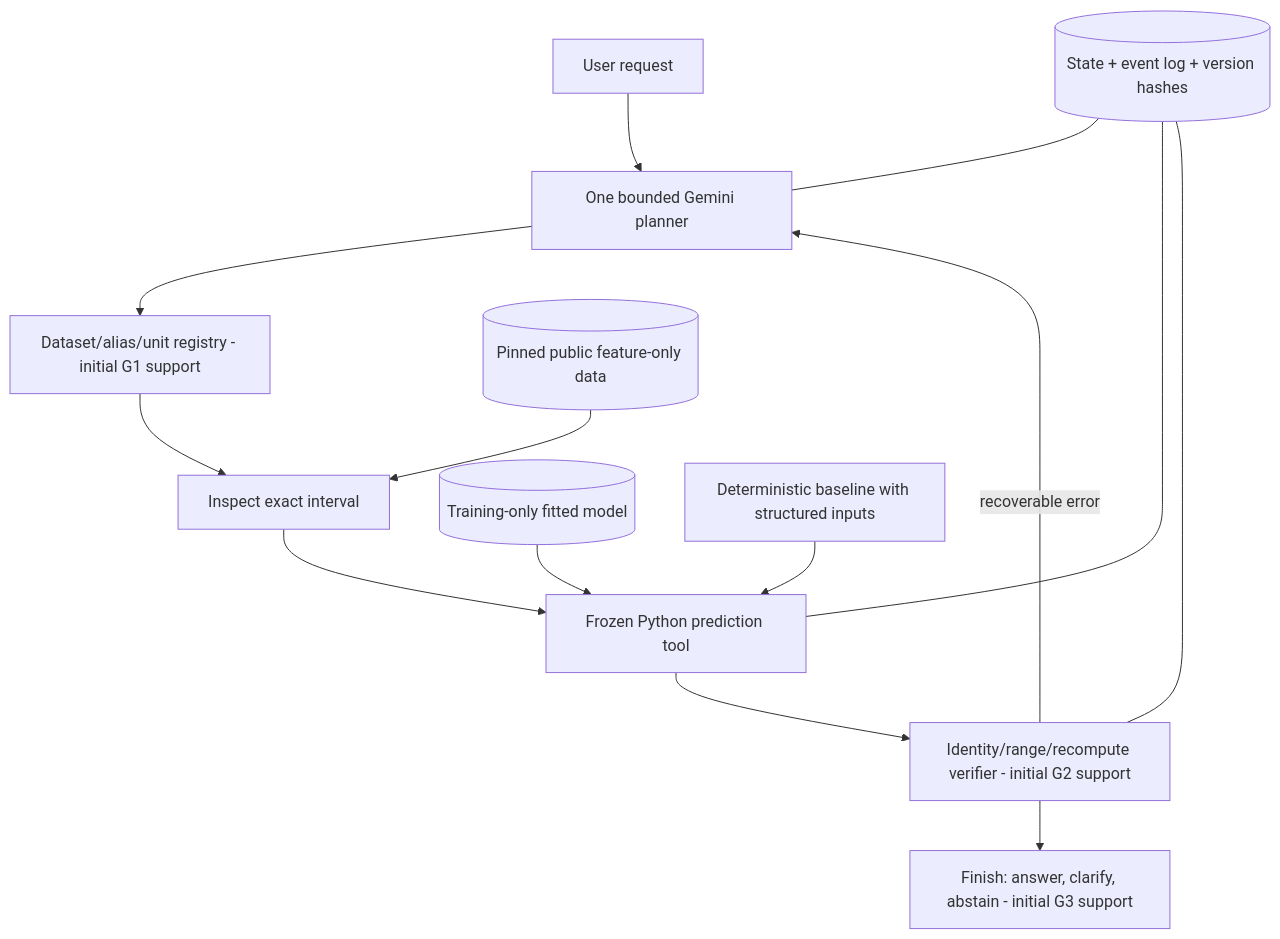
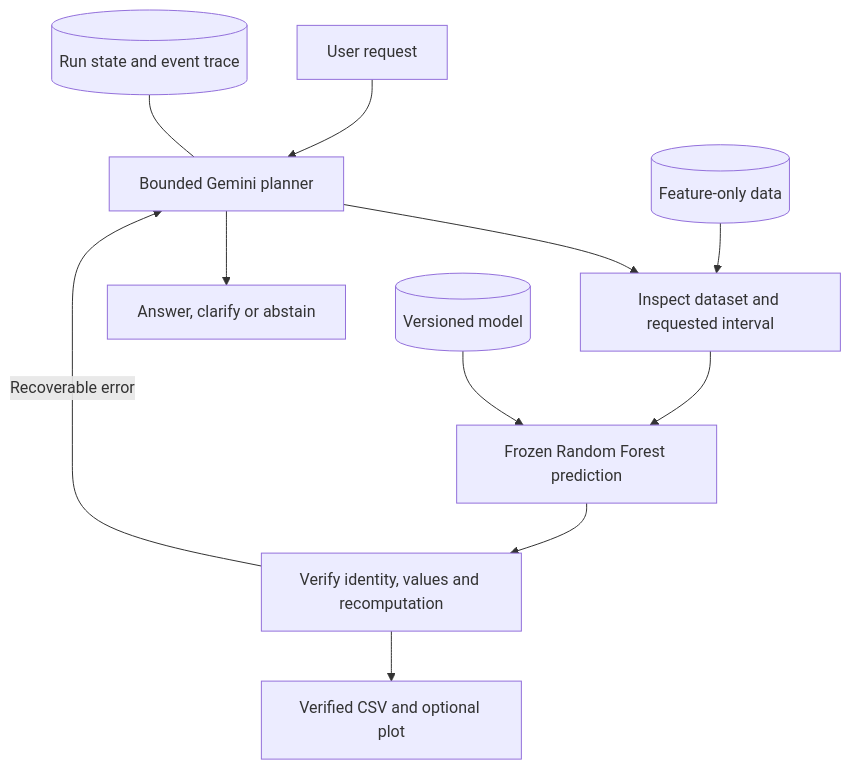
The diagram in README.md (mehranwazir/ai4015-subsurface-agent), drawn with Mermaid before and after one commit. The commit also changed other lines of this file, not shown here.

Commit message:
Clarify project overview, results and setup

````diff
--- a/README.md
+++ b/README.md
@@ -98,16 +113,13 @@
 ```mermaid
 flowchart TD
- Q[User request] --> A[One bounded Gemini planner]
- A --> R[Dataset/alias/unit registry - initial G1 support]
- R --> I[Inspect exact interval]
- I --> P[Frozen Python prediction tool]
- P --> V[Identity/range/recompute verifier - initial G2 support]
- V -->|recoverable error| A
- V --> F[Finish: answer, clarify, abstain - initial G3 support]
- D[(Pinned public feature-only data)] --> I
- M[(Training-only fitted model)] --> P
- S[(State + event log + version hashes)] --- A
- S --- P
- S --- V
- B[Deterministic baseline with structured inputs] --> P
+    Q[User request] --> A[Bounded Gemini planner]
+    A --> I[Inspect dataset and requested interval]
+    I --> P[Frozen Random Forest prediction]
+    P --> V[Verify identity, values and recomputation]
+    V -->|Recoverable error| A
+    V --> O[Verified CSV and optional plot]
+    A --> F[Answer, clarify or abstain]
+    D[(Feature-only data)] --> I
+    M[(Versioned model)] --> P
+    S[(Run state and event trace)] --- A
 ```
````
